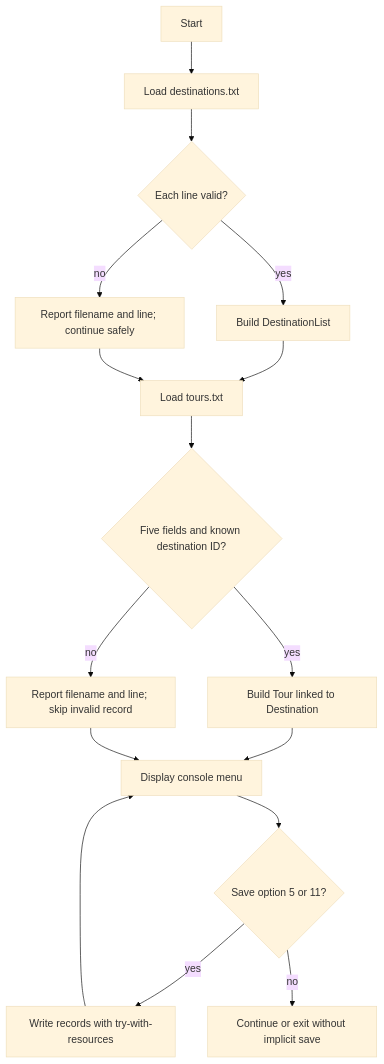
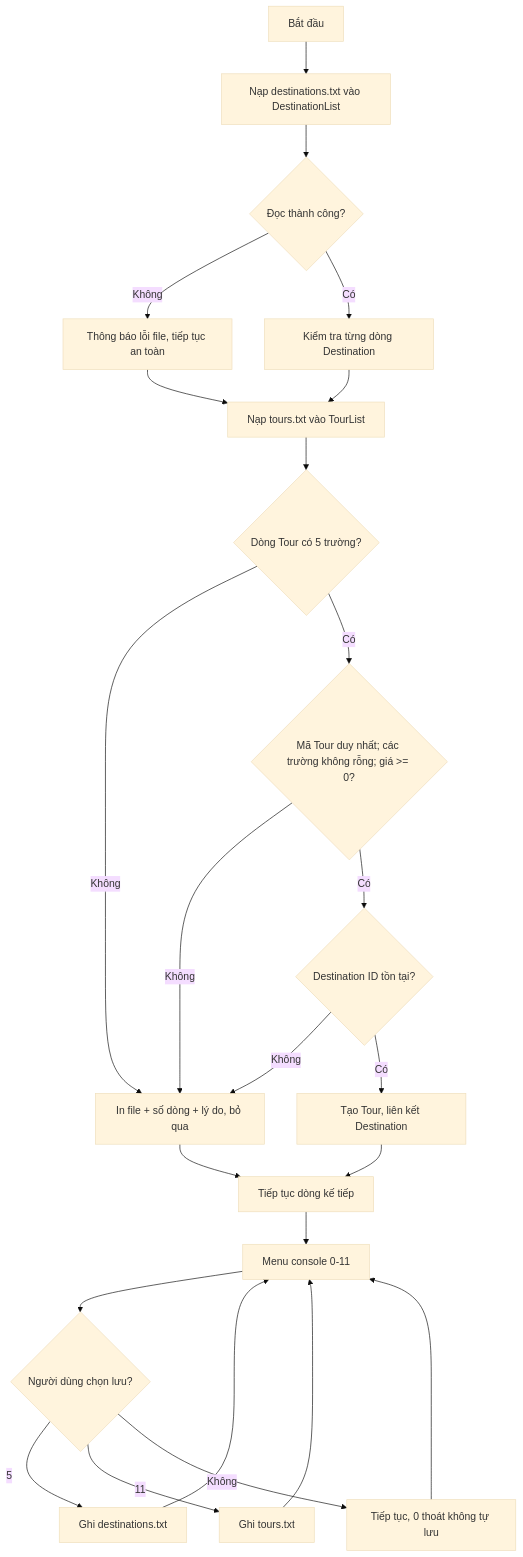
One commit to minhthinh14012005-hue/tourprj-nhom-3 changed the diagram in docs/design/03-file-flow.md. Above: the diagram before and after it, drawn with Mermaid (base theme). The commit also changed other lines of this file and 2 other files, not shown here.

Commit message:
feat: complete TourList IO, search ID and price range filters with unit tests

````diff
--- a/docs/design/03-file-flow.md
+++ b/docs/design/03-file-flow.md
@@ -3,18 +7,26 @@
 ```mermaid
 flowchart TD
-  A[Start] --> B[Load destinations.txt]
-  B --> C{Each line valid?}
-  C -- yes --> D[Build DestinationList]
-  C -- no --> E[Report filename and line; continue safely]
-  D --> F[Load tours.txt]
-  F --> G{Five fields and known destination ID?}
-  G -- yes --> H[Build Tour linked to Destination]
-  G -- no --> I[Report filename and line; skip invalid record]
-  H --> J[Display console menu]
-  I --> J
-  E --> F
-  J --> K{Save option 5 or 11?}
-  K -- yes --> L[Write records with try-with-resources]
-  K -- no --> M[Continue or exit without implicit save]
-  L --> J
+  A[Bắt đầu] --> B[Nạp destinations.txt vào DestinationList]
+  B --> C{Đọc thành công?}
+  C -- Không --> D[Thông báo lỗi file, tiếp tục an toàn]
+  C -- Có --> E[Kiểm tra từng dòng Destination]
+  E --> F[Nạp tours.txt vào TourList]
+  D --> F
+  F --> G{Dòng Tour có 5 trường?}
+  G -- Không --> H[In file + số dòng + lý do, bỏ qua]
+  G -- Có --> I{Mã Tour duy nhất; các trường không rỗng; giá >= 0?}
+  I -- Không --> H
+  I -- Có --> J{Destination ID tồn tại?}
+  J -- Không --> H
+  J -- Có --> K[Tạo Tour, liên kết Destination]
+  K --> L[Tiếp tục dòng kế tiếp]
+  H --> L
+  L --> M[Menu console 0-11]
+  M --> N{Người dùng chọn lưu?}
+  N -- 5 --> O[Ghi destinations.txt]
+  N -- 11 --> P[Ghi tours.txt]
+  N -- Không --> Q[Tiếp tục, 0 thoát không tự lưu]
+  O --> M
+  P --> M
+  Q --> M
 ```
````
